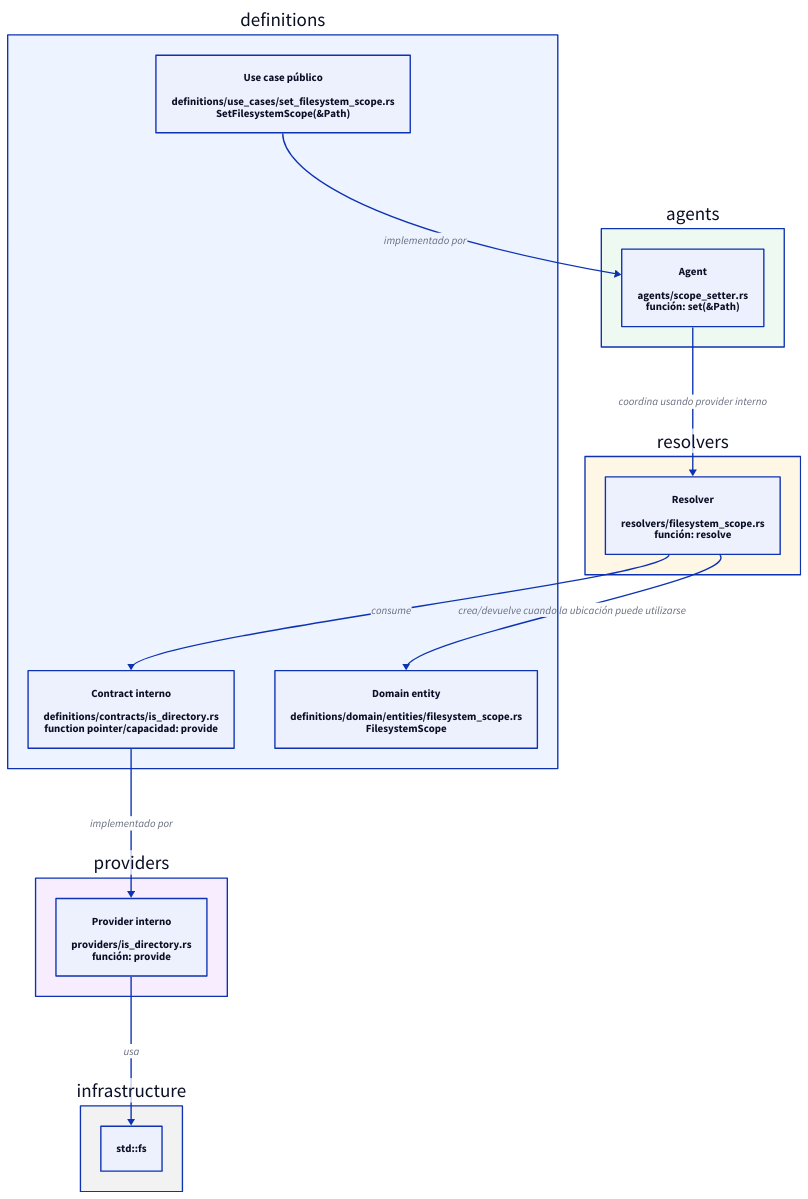
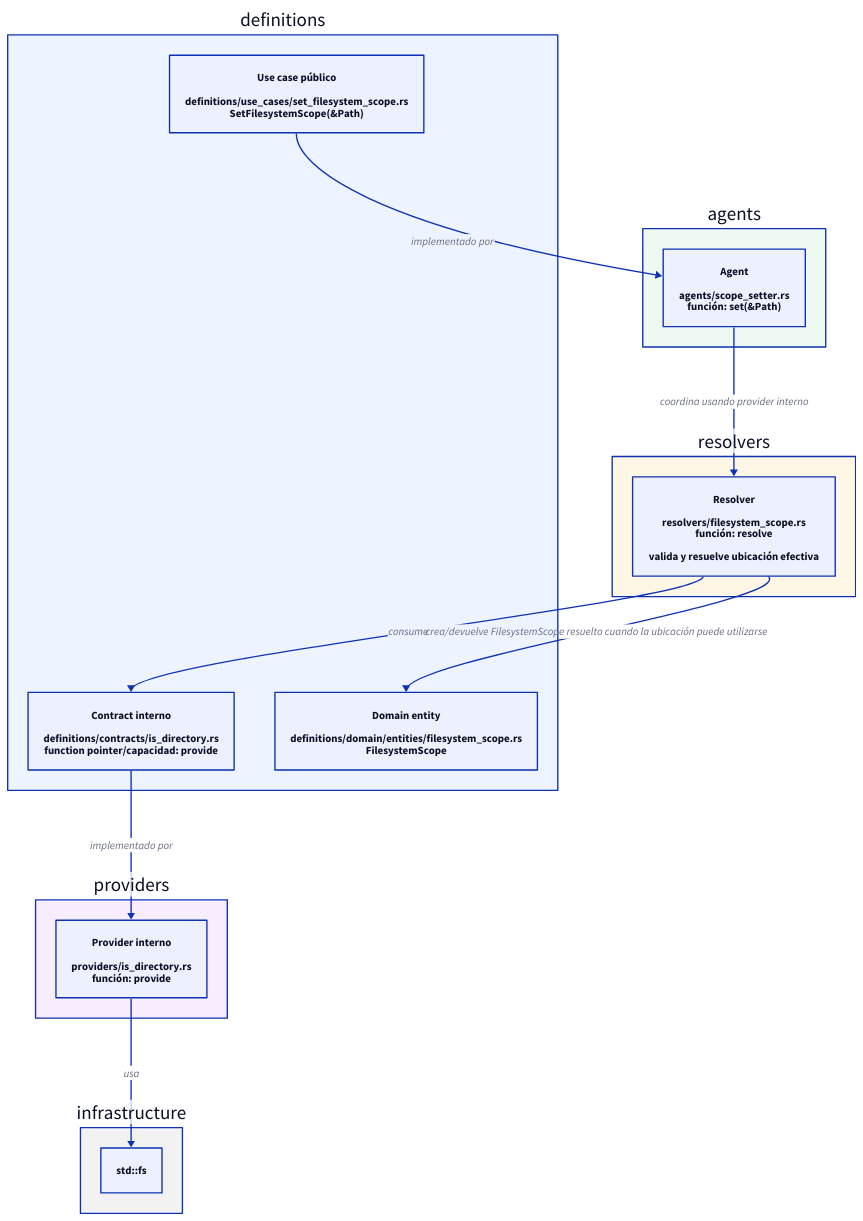
One commit to niqel/evolution changed the diagram in evo-shell-engine/technical_documentation/use_cases/UC-001-set-filesystem-scope/architecture.d2. Above: the diagram before and after it, drawn with D2. The commit also changed 16 other files, not shown here.

Commit message:
docs: define resolved filesystem scope and compact prompt

```diff
--- a/evo-shell-engine/technical_documentation/use_cases/UC-001-set-filesystem-scope/architecture.d2
+++ b/evo-shell-engine/technical_documentation/use_cases/UC-001-set-filesystem-scope/architecture.d2
@@ -1,56 +1,56 @@
 direction: down
 
 definitions: "definitions" {
   style.fill: "#edf4ff"
 
   use_case: "Use case público\n\ndefinitions/use_cases/set_filesystem_scope.rs\nSetFilesystemScope(&Path)" {
     shape: rectangle
   }
 
   contract: "Contract interno\n\ndefinitions/contracts/is_directory.rs\nfunction pointer/capacidad: provide" {
     shape: rectangle
   }
 
   domain_entity: "Domain entity\n\ndefinitions/domain/entities/filesystem_scope.rs\nFilesystemScope" {
     shape: rectangle
   }
 }
 
 agents: "agents" {
   style.fill: "#eefaf1"
 
   scope_setter: "Agent\n\nagents/scope_setter.rs\nfunción: set(&Path)" {
     shape: rectangle
   }
 }
 
 resolvers: "resolvers" {
   style.fill: "#fff7e6"
 
-  filesystem_scope: "Resolver\n\nresolvers/filesystem_scope.rs\nfunción: resolve" {
+  filesystem_scope: "Resolver\n\nresolvers/filesystem_scope.rs\nfunción: resolve\n\nvalida y resuelve ubicación efectiva" {
     shape: rectangle
   }
 }
 
 providers: "providers" {
   style.fill: "#f7edff"
 
   is_directory_provider: "Provider interno\n\nproviders/is_directory.rs\nfunción: provide" {
     shape: rectangle
   }
 }
 
 infrastructure: "infrastructure" {
   style.fill: "#f2f2f2"
 
   std_fs: "std::fs" {
     shape: rectangle
   }
 }
 
 definitions.use_case -> agents.scope_setter: "implementado por"
 agents.scope_setter -> resolvers.filesystem_scope: "coordina usando provider interno"
 resolvers.filesystem_scope -> definitions.contract: "consume"
 definitions.contract -> providers.is_directory_provider: "implementado por"
 providers.is_directory_provider -> infrastructure.std_fs: "usa"
-resolvers.filesystem_scope -> definitions.domain_entity: "crea/devuelve cuando la ubicación puede utilizarse"
+resolvers.filesystem_scope -> definitions.domain_entity: "crea/devuelve FilesystemScope resuelto cuando la ubicación puede utilizarse"
```
